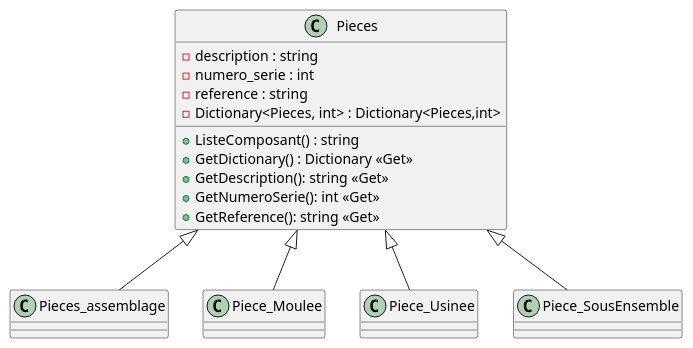
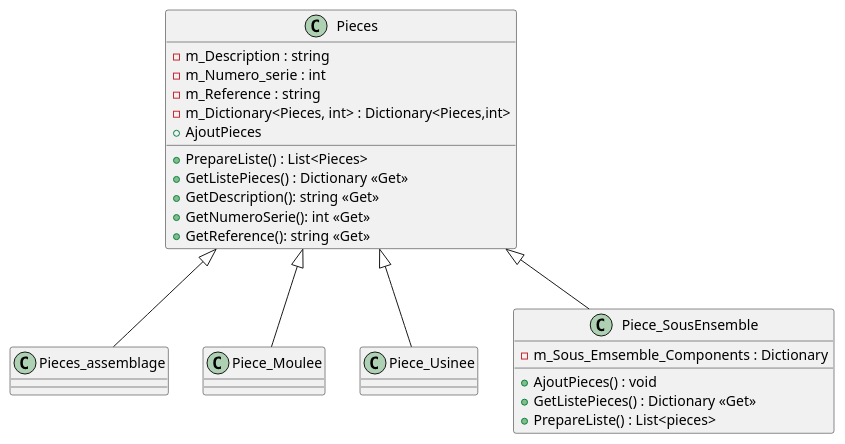
Before and after one commit to Thower56/Pieces: the diagram in Diagram.wsd, drawn with PlantUML.

```diff
--- a/Diagram.wsd
+++ b/Diagram.wsd
@@ -1,30 +1,37 @@
 @startuml diagram
 
 class Pieces
 {
-    -description : string
-    -numero_serie : int
-    -reference : string
-    -Dictionary<Pieces, int> : Dictionary<Pieces,int>
-    +ListeComposant() : string
-    +GetDictionary() : Dictionary <<Get>>
+    -m_Description : string
+    -m_Numero_serie : int
+    -m_Reference : string
+    -m_Dictionary<Pieces, int> : Dictionary<Pieces,int>
+    +AjoutPieces
+    +PrepareListe() : List<Pieces>
+    +GetListePieces() : Dictionary <<Get>>
     +GetDescription(): string <<Get>>
     +GetNumeroSerie(): int <<Get>>
     +GetReference(): string <<Get>>
 }
 
 class Pieces_assemblage
 
 class Piece_Moulee
 
 class Piece_Usinee
 
 class Piece_SousEnsemble
+{
+    -m_Sous_Emsemble_Components : Dictionary
+    +AjoutPieces() : void
+    +GetListePieces() : Dictionary <<Get>>
+    +PrepareListe() : List<pieces>
+}
 
 Pieces <|-- Piece_Moulee
 Pieces <|-- Pieces_assemblage
 Pieces <|-- Piece_Usinee
 Pieces <|-- Piece_SousEnsemble
 
 
 @enduml
```
